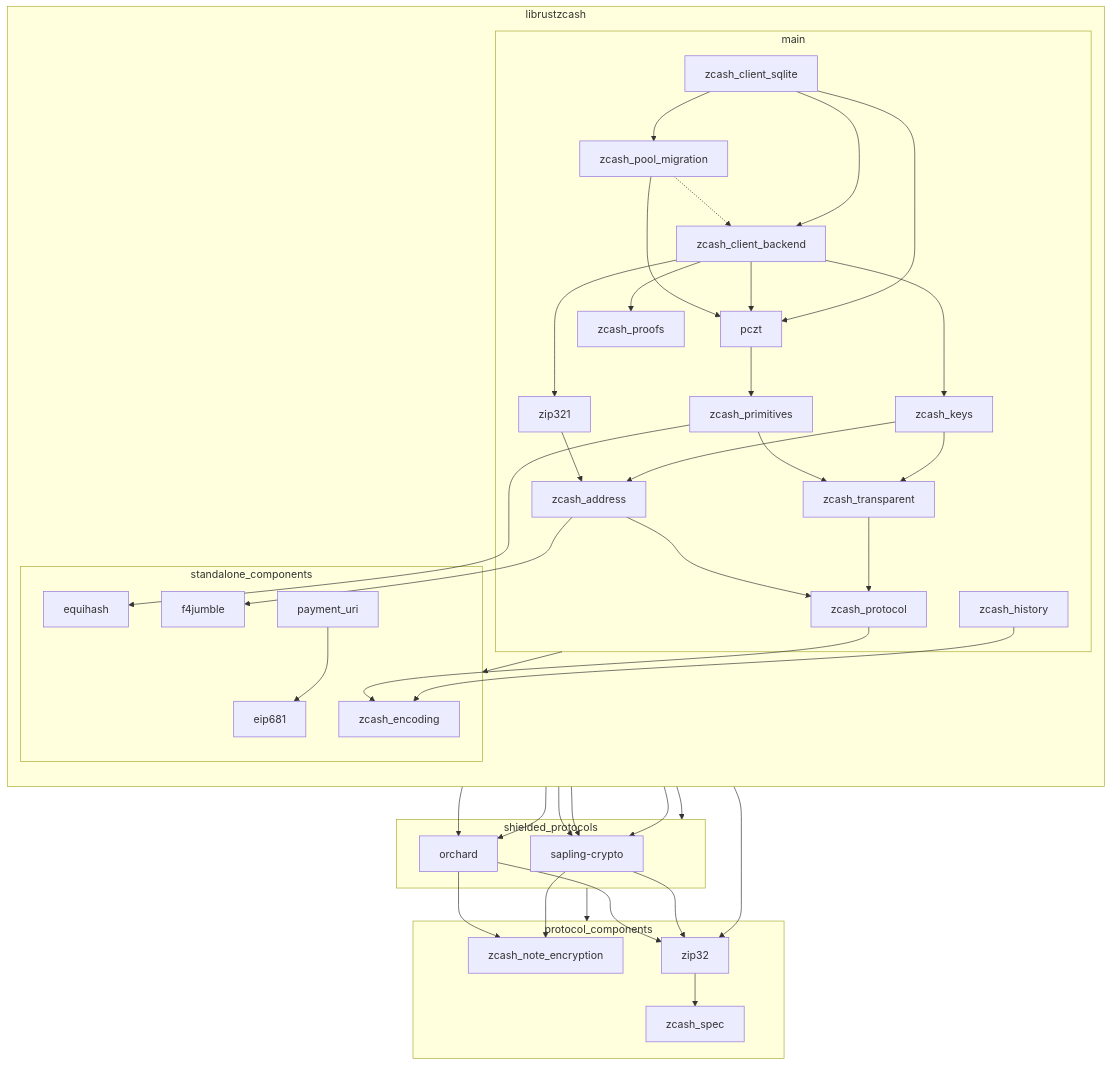
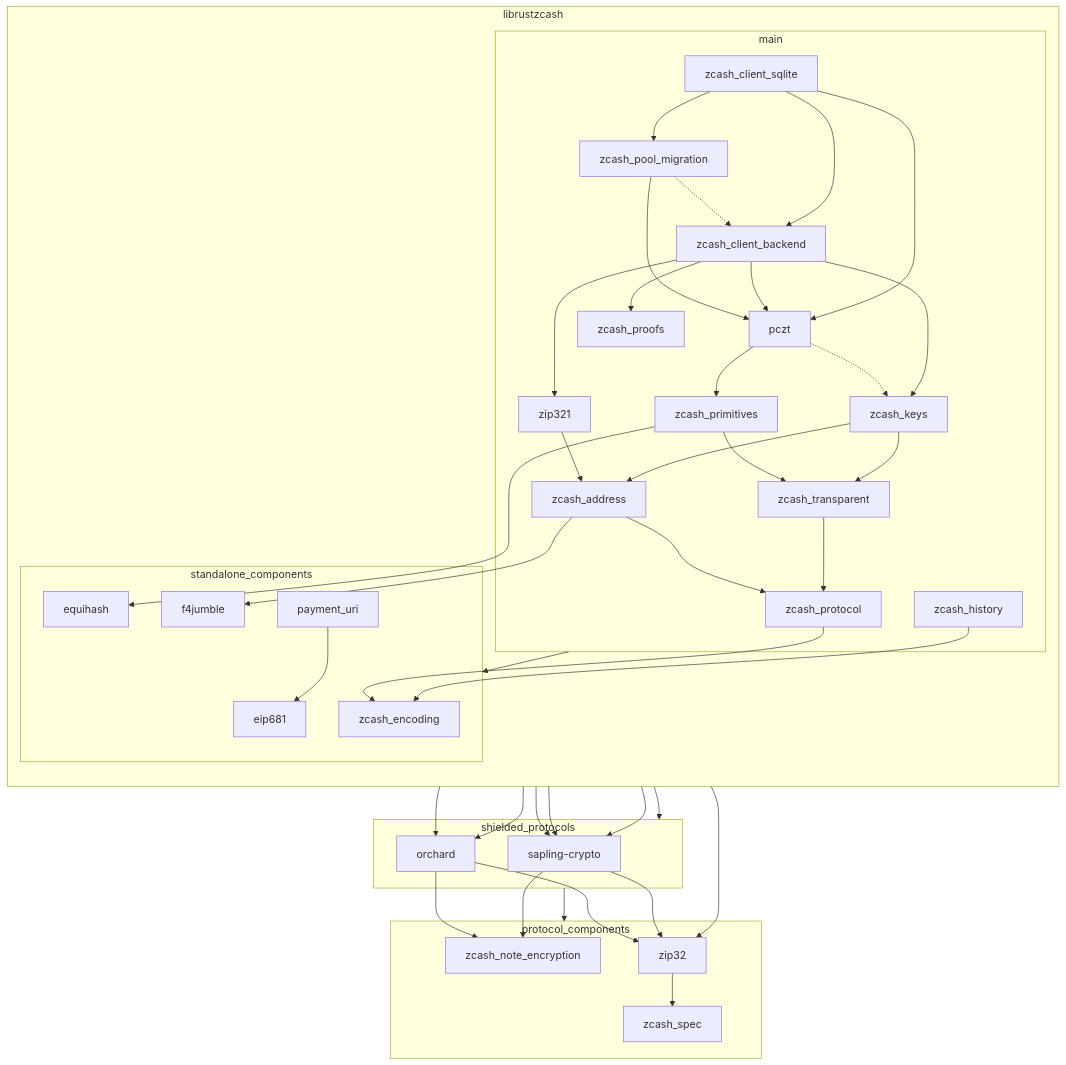
The diagram in README.md (zcash/librustzcash), drawn with Mermaid before and after one commit. The commit also changed 12 other files, not shown here.

First line of the commit message:
Move ZIP 48 key derivation from zcash_transparent to zcash_keys

```diff
--- a/README.md
+++ b/README.md
@@ -76,6 +76,8 @@
     %% zcash_client_sqlite --> zcash_keys
     zcash_client_backend --> zcash_keys
     %% zcash_pool_migration --> zcash_keys
+    %% `pczt` depends on `zcash_keys` only under its test-only `internal-tests` feature.
+    pczt -.-> zcash_keys
 
     zcash_client_backend --> zcash_proofs
 
```
